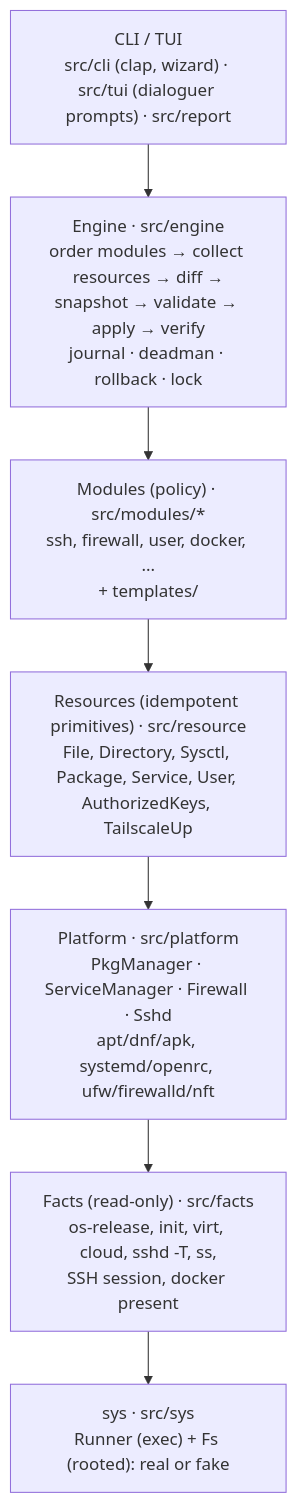
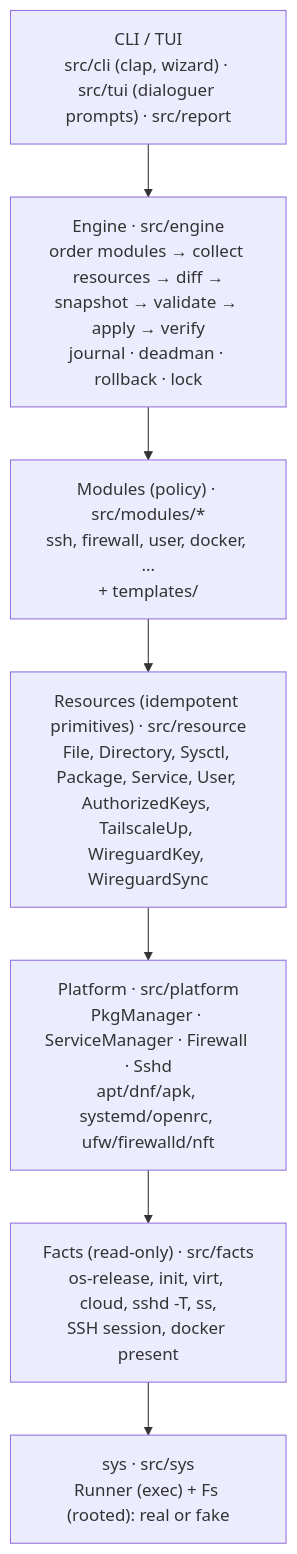
Before and after one commit to bhimrazy/vps-ready: the first of 3 diagrams in docs/architecture.md, drawn with Mermaid. The commit also changed other lines of this file and 57 other files, not shown here.

````diff
--- a/docs/architecture.md
+++ b/docs/architecture.md
@@ -33,11 +33,11 @@
 ```mermaid
 flowchart TB
   cli["CLI / TUI<br/>src/cli (clap, wizard) · src/tui (dialoguer prompts) · src/report"]
   engine["Engine · src/engine<br/>order modules → collect resources → diff →<br/>snapshot → validate → apply → verify<br/>journal · deadman · rollback · lock"]
   modules["Modules (policy) · src/modules/*<br/>ssh, firewall, user, docker, ...<br/>+ templates/"]
-  resources["Resources (idempotent primitives) · src/resource<br/>File, Directory, Sysctl, Package, Service, User, AuthorizedKeys, TailscaleUp"]
+  resources["Resources (idempotent primitives) · src/resource<br/>File, Directory, Sysctl, Package, Service, User, AuthorizedKeys, TailscaleUp, WireguardKey, WireguardSync"]
   platform["Platform · src/platform<br/>PkgManager · ServiceManager · Firewall · Sshd<br/>apt/dnf/apk, systemd/openrc, ufw/firewalld/nft"]
   facts["Facts (read-only) · src/facts<br/>os-release, init, virt, cloud, sshd -T, ss,<br/>SSH session, docker present"]
   sys["sys · src/sys<br/>Runner (exec) + Fs (rooted): real or fake"]
   cli --> engine --> modules --> resources --> platform --> facts --> sys
 ```
````
